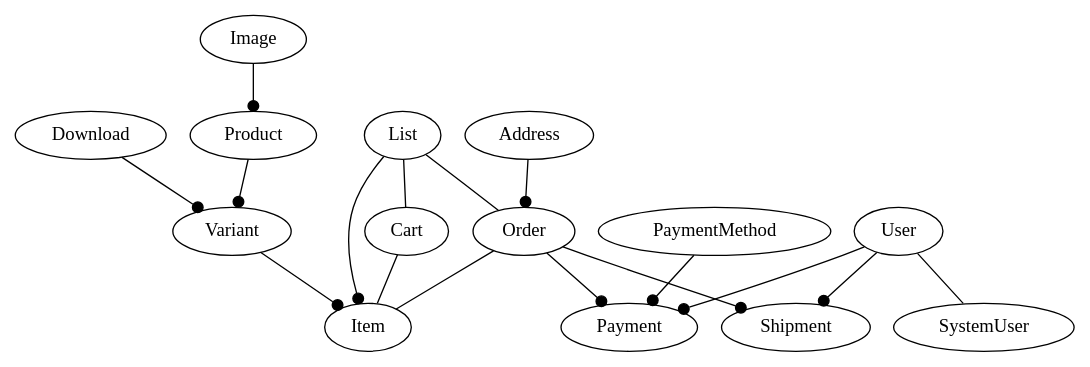
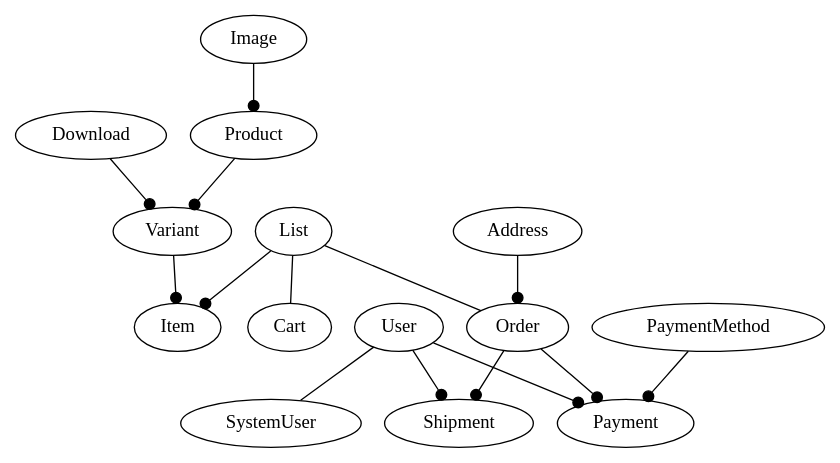
Before and after one commit to amanikids/cards: the diagram in doc/models.dot, drawn with Graphviz. The commit also changed 1 other file, not shown here.

Commit message:
Update diagram (via code.)

```diff
--- a/doc/models.dot
+++ b/doc/models.dot
@@ -1,33 +1,31 @@
 digraph models {
 graph[overlap=false, splines=true]
 List
 Shipment
 Address
 Download
 Image
 Item
 Payment
 PaymentMethod
 Product
 User
 Variant
 Order
 Cart
 SystemUser
 User -> Payment [arrowtail=none, arrowhead=dot]
 Variant -> Item [arrowtail=none, arrowhead=dot]
 PaymentMethod -> Payment [arrowtail=none, arrowhead=dot]
 List -> Order [arrowtail=onormal, arrowhead=none]
 Order -> Payment [arrowtail=odot, arrowhead=dot]
 List -> Item [arrowtail=crow, arrowhead=dot]
 Address -> Order [arrowtail=odot, arrowhead=dot]
 Order -> Shipment [arrowtail=odot, arrowhead=dot]
-Cart -> Item [arrowtail=crow, arrowhead=none]
 Download -> Variant [arrowtail=none, arrowhead=dot]
 Product -> Variant [arrowtail=crow, arrowhead=dot]
 List -> Cart [arrowtail=onormal, arrowhead=none]
 User -> SystemUser [arrowtail=onormal, arrowhead=none]
 User -> Shipment [arrowtail=none, arrowhead=dot]
-Order -> Item [arrowtail=crow, arrowhead=none]
 Image -> Product [arrowtail=none, arrowhead=dot]
 }
```
